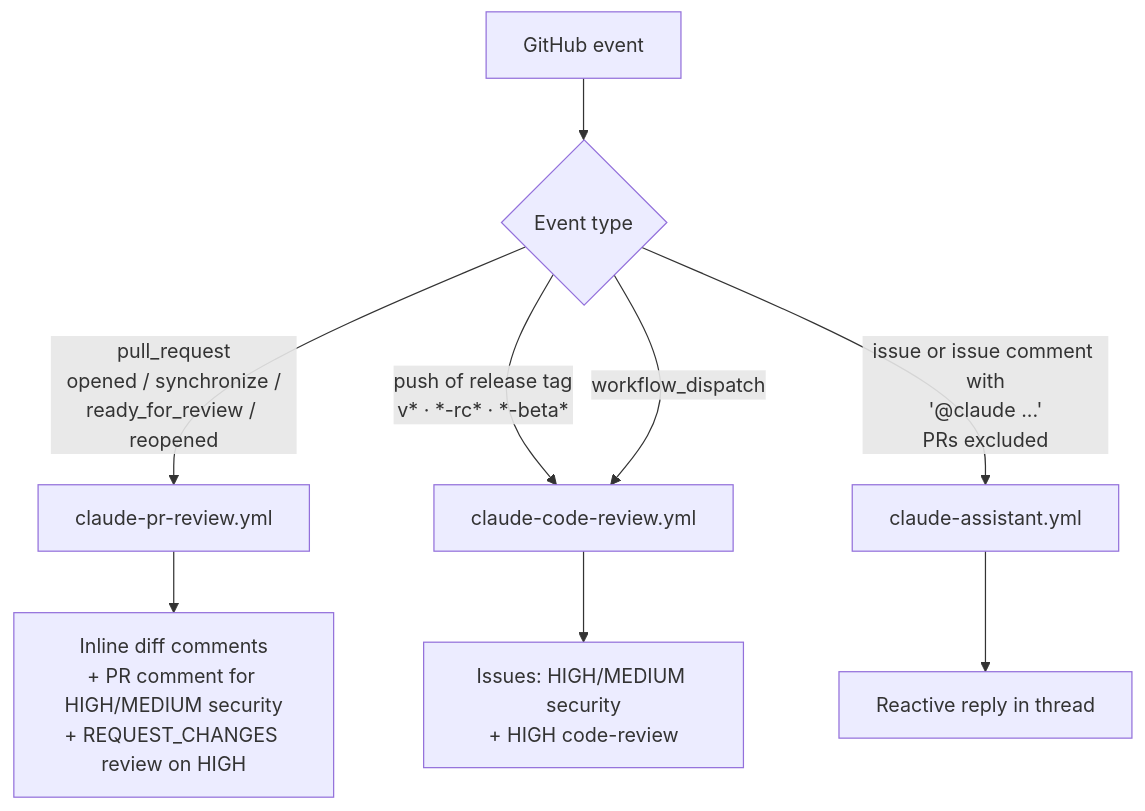
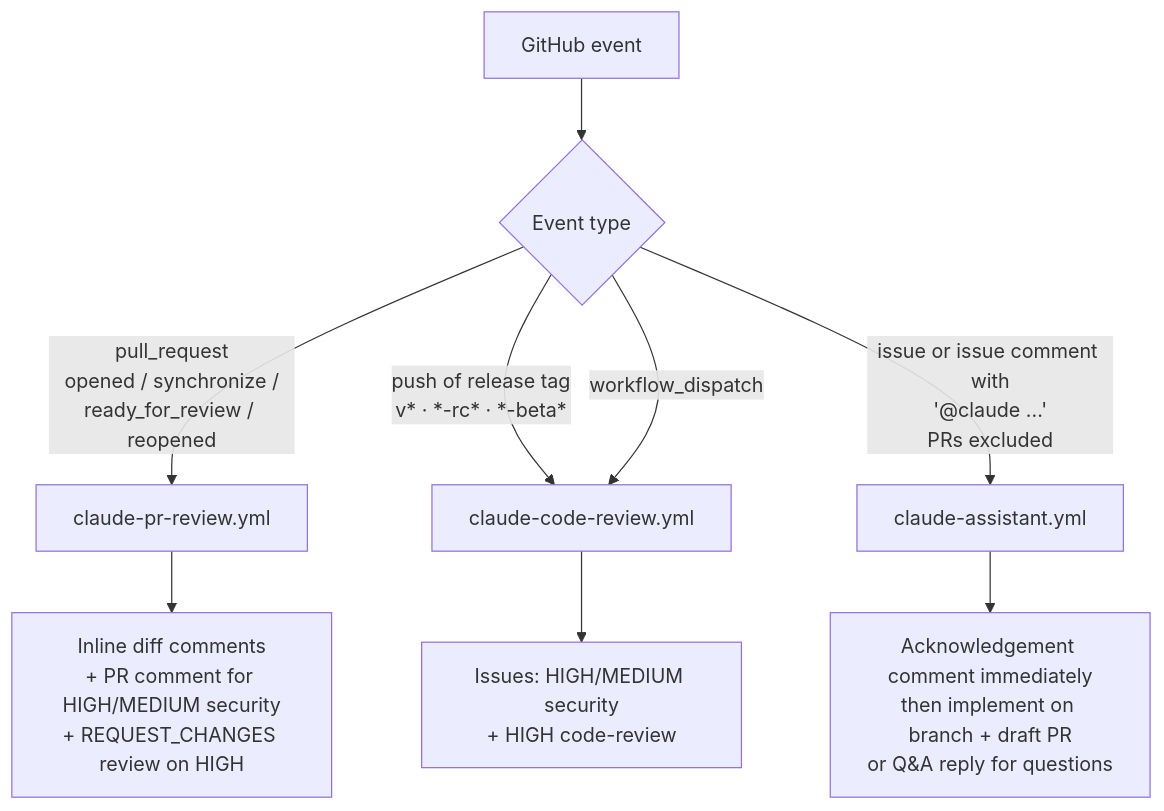
One commit to fibaneza/llm-usage-lens changed the second of 6 diagrams in .github/README.md. Above: the diagram before and after it, drawn with Mermaid. The commit also changed other lines of this file and 1 other file, not shown here.

First line of the commit message:
ci: expand claude-assistant to implement issues and open draft PRs (#54)

````diff
--- a/.github/README.md
+++ b/.github/README.md
@@ -229,11 +231,11 @@
 ```mermaid
 flowchart TD
     A[GitHub event] --> B{Event type}
     B -->|pull_request<br/>opened / synchronize /<br/>ready_for_review / reopened| PR[claude-pr-review.yml]
     B -->|push of release tag<br/>v* · *-rc* · *-beta*| RA[claude-code-review.yml]
     B -->|workflow_dispatch| RA
     B -->|issue or issue comment with<br/>'@claude ...'<br/>PRs excluded| BOT[claude-assistant.yml]
     PR --> PR1[Inline diff comments<br/>+ PR comment for HIGH/MEDIUM security<br/>+ REQUEST_CHANGES review on HIGH]
     RA --> RA1[Issues: HIGH/MEDIUM security<br/>+ HIGH code-review]
-    BOT --> BOT1[Reactive reply in thread]
+    BOT --> BOT1[Acknowledgement comment immediately<br/>then implement on branch + draft PR<br/>or Q&A reply for questions]
 ```
````
